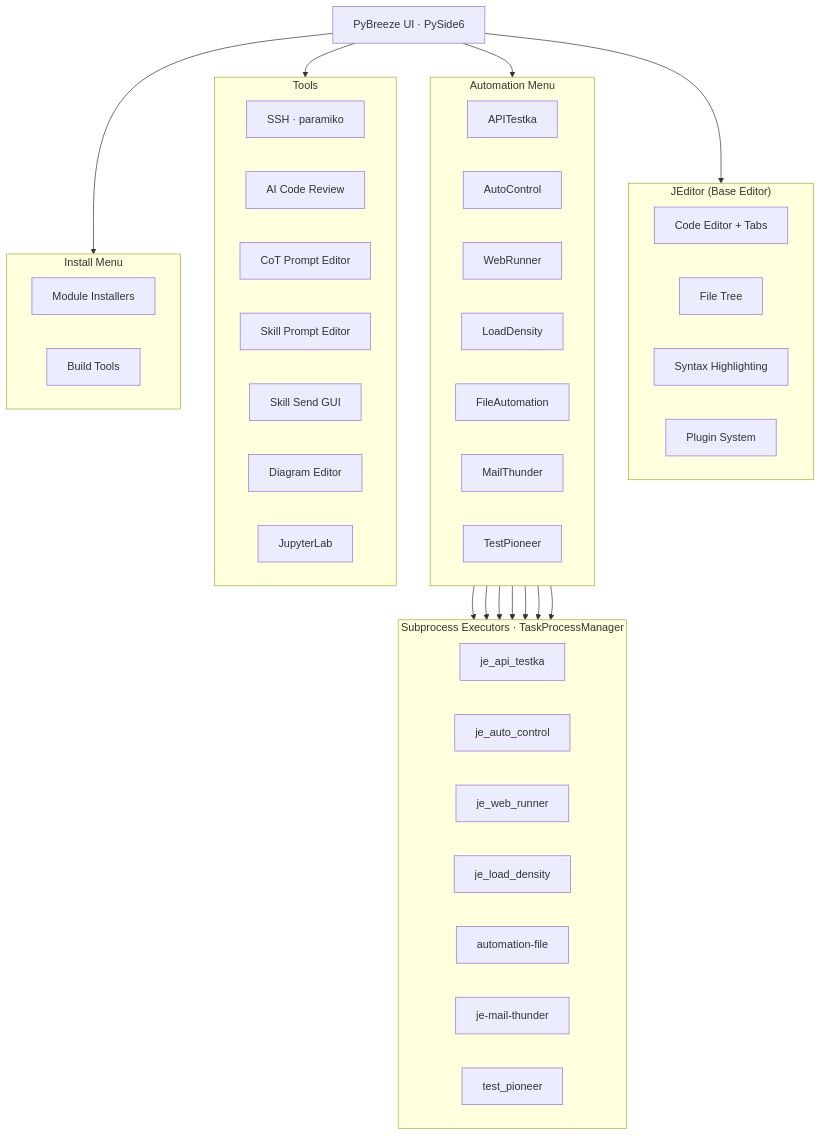
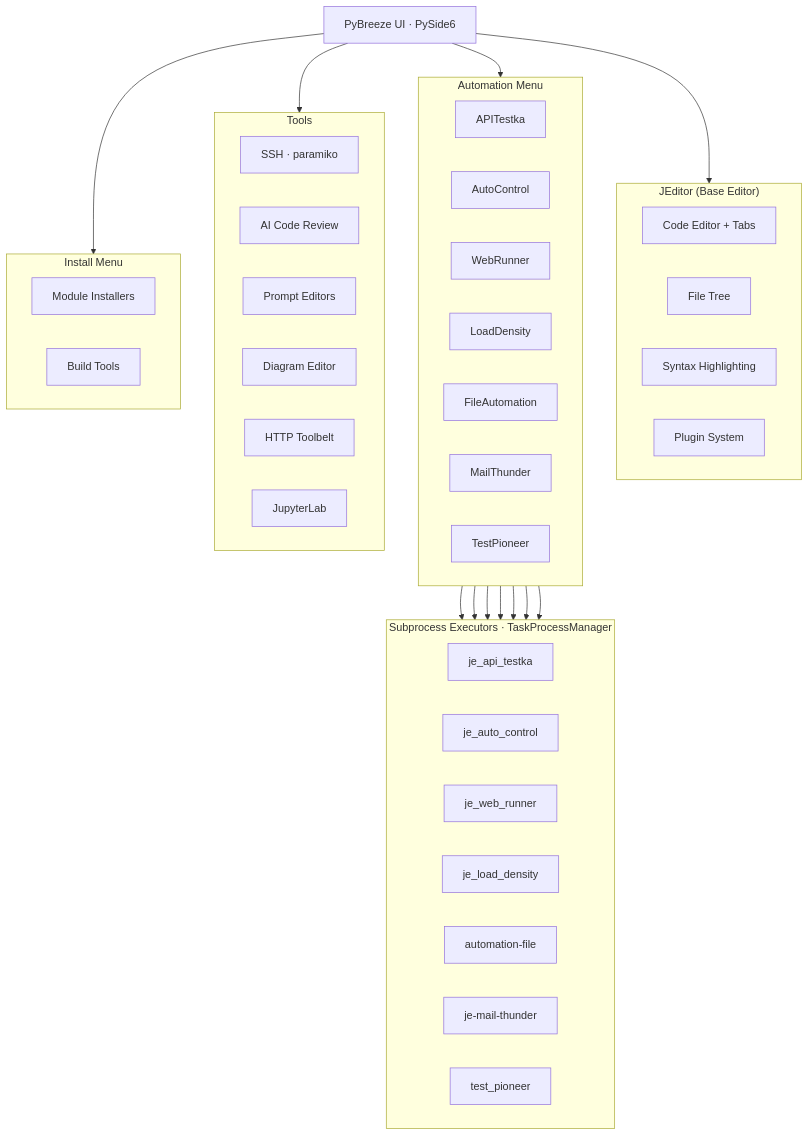
The diagram in README.md (Integration-Automation/PyBreeze), drawn with Mermaid before and after one commit. The commit also changed other lines of this file and 28 other files, not shown here.

````diff
--- a/README.md
+++ b/README.md
@@ -134,64 +218,63 @@
 ```mermaid
 flowchart TB
     UI["PyBreeze UI · PySide6"]
 
     subgraph Editor["JEditor (Base Editor)"]
         direction LR
         E1["Code Editor + Tabs"]
         E2["File Tree"]
         E3["Syntax Highlighting"]
         E4["Plugin System"]
     end
 
     subgraph Automation["Automation Menu"]
         direction LR
         A1["APITestka"]
         A2["AutoControl"]
         A3["WebRunner"]
         A4["LoadDensity"]
         A5["FileAutomation"]
         A6["MailThunder"]
         A7["TestPioneer"]
     end
 
     subgraph Executors["Subprocess Executors · TaskProcessManager"]
         direction LR
         X1["je_api_testka"]
         X2["je_auto_control"]
         X3["je_web_runner"]
         X4["je_load_density"]
         X5["automation-file"]
         X6["je-mail-thunder"]
         X7["test_pioneer"]
     end
 
     subgraph Tools["Tools"]
         direction LR
         T1["SSH · paramiko"]
         T2["AI Code Review"]
-        T3["CoT Prompt Editor"]
-        T4["Skill Prompt Editor"]
-        T5["Skill Send GUI"]
-        T6["Diagram Editor"]
-        T7["JupyterLab"]
+        T3["Prompt Editors"]
+        T4["Diagram Editor"]
+        T5["HTTP Toolbelt"]
+        T6["JupyterLab"]
     end
 
     subgraph Install["Install Menu"]
         direction LR
         I1["Module Installers"]
         I2["Build Tools"]
     end
 
     UI --> Editor
     UI --> Automation
     UI --> Tools
     UI --> Install
 
     A1 --> X1
     A2 --> X2
     A3 --> X3
     A4 --> X4
     A5 --> X5
     A6 --> X6
     A7 --> X7
 ```
````
